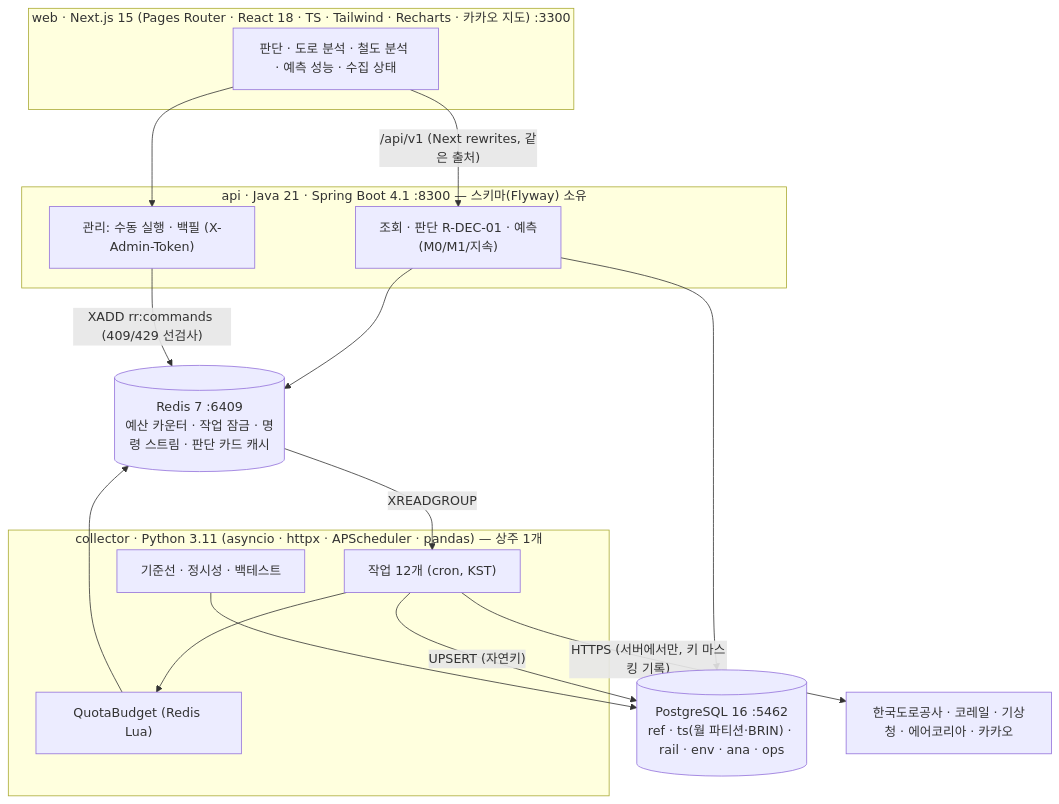
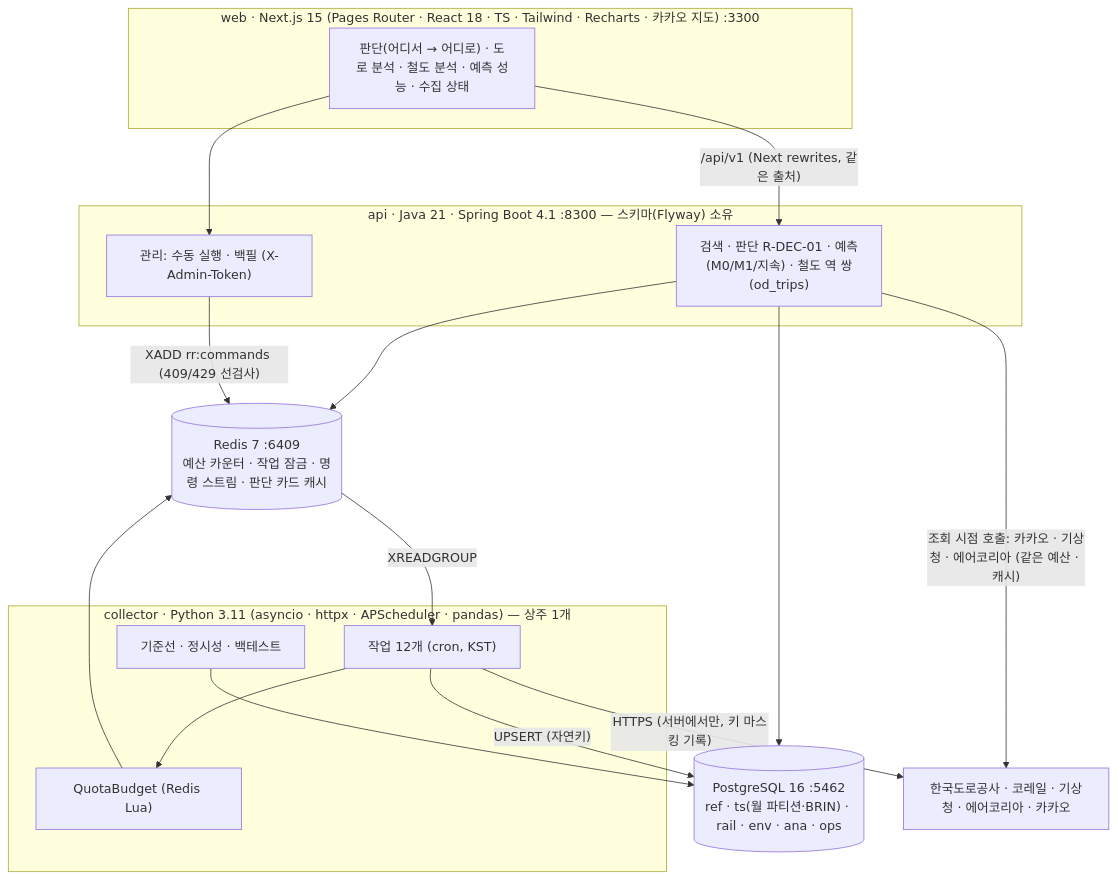
The first of 2 diagrams in README.md (Jinyoung-Kang/roadrail), drawn with Mermaid before and after one commit. The commit also changed other lines of this file and 83 other files, not shown here.

First line of the commit message:
어디서 → 어디로: 전국 임의 지점 선택 · 용어 '길' · 코드 검토 수정

````diff
--- a/README.md
+++ b/README.md
@@ -77,29 +82,30 @@
 ```mermaid
 flowchart TB
   subgraph web["web · Next.js 15 (Pages Router · React 18 · TS · Tailwind · Recharts · 카카오 지도) :3300"]
-    pages["판단 · 도로 분석 · 철도 분석 · 예측 성능 · 수집 상태"]
+    pages["판단(어디서 → 어디로) · 도로 분석 · 철도 분석 · 예측 성능 · 수집 상태"]
   end
   subgraph api["api · Java 21 · Spring Boot 4.1 :8300 — 스키마(Flyway) 소유"]
-    q["조회 · 판단 R-DEC-01 · 예측(M0/M1/지속)"]
+    q["검색 · 판단 R-DEC-01 · 예측(M0/M1/지속) · 철도 역 쌍(od_trips)"]
     adm["관리: 수동 실행 · 백필 (X-Admin-Token)"]
   end
   subgraph col["collector · Python 3.11 (asyncio · httpx · APScheduler · pandas) — 상주 1개"]
     jobs["작업 12개 (cron, KST)"]
     quota["QuotaBudget (Redis Lua)"]
     ana["기준선 · 정시성 · 백테스트"]
   end
   pg[("PostgreSQL 16 :5462<br/>ref · ts(월 파티션·BRIN) · rail · env · ana · ops")]
   rd[("Redis 7 :6409<br/>예산 카운터 · 작업 잠금 · 명령 스트림 · 판단 카드 캐시")]
   ext["한국도로공사 · 코레일 · 기상청 · 에어코리아 · 카카오"]
 
   pages -- "/api/v1 (Next rewrites, 같은 출처)" --> q
   pages --> adm
   q --> pg
   q --> rd
   adm -- "XADD rr:commands (409/429 선검사)" --> rd
   rd -- "XREADGROUP" --> jobs
   jobs --> quota --> rd
   jobs -- "HTTPS (서버에서만, 키 마스킹 기록)" --> ext
+  q -- "조회 시점 호출: 카카오 · 기상청 · 에어코리아 (같은 예산 · 캐시)" --> ext
   jobs -- "UPSERT (자연키)" --> pg
   ana --> pg
 ```
````
